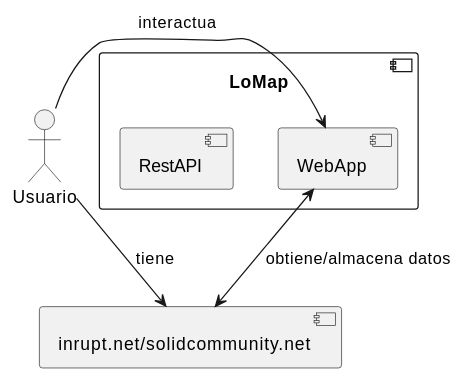
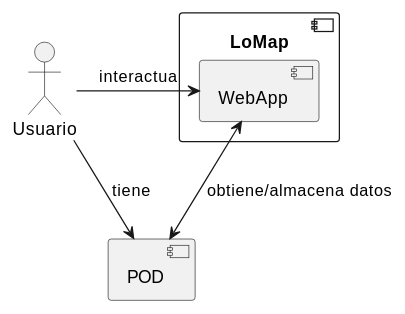
The second of 2 diagrams in docs/05_building_block_view.adoc (franciscocoya/lomapes05a_production), drawn with PlantUML before and after one commit. The commit also changed other lines of this file and 105 other files, not shown here.

```diff
--- a/docs/05_building_block_view.adoc
+++ b/docs/05_building_block_view.adoc
@@ -36,14 +36,13 @@
 [plantuml, "level-1", png]
 ----
 actor Usuario
 Component LoMap {
   Component web as "WebApp"
-  Component api as "RestAPI"
 }
-Component pod as "inrupt.net/solidcommunity.net"
+Component pod as "POD"
 
 Usuario -right-> web: interactua
 Usuario -right-> pod: tiene
 
 web <-down-> pod: obtiene/almacena datos
 ----
```
